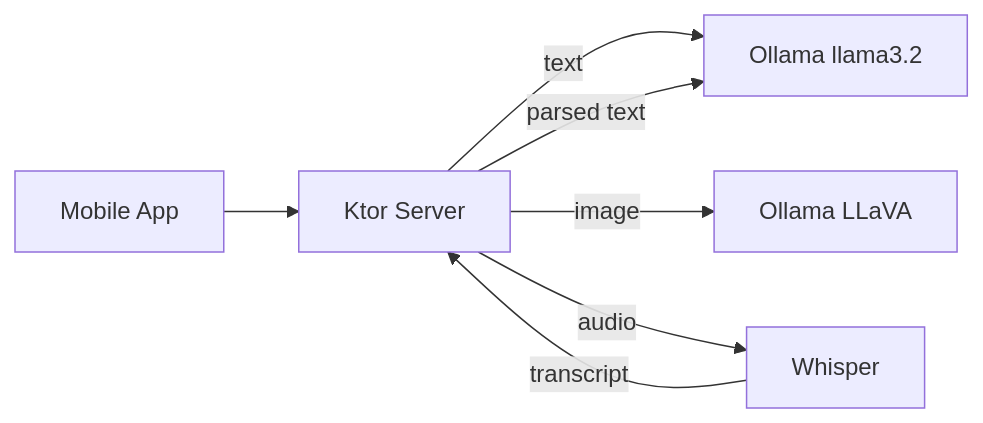
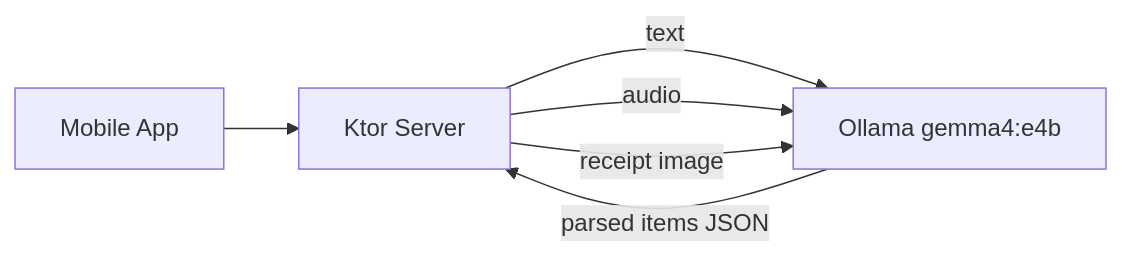
Before and after one commit to LStudioO/skilky-money-tracker: the fifth of 9 diagrams in docs/architecture.md, drawn with Mermaid. The commit also changed other lines of this file and 1 other file, not shown here.

First line of the commit message:
Correct architecture and data-model docs to match the code.

````diff
--- a/docs/architecture.md
+++ b/docs/architecture.md
@@ -267,10 +271,8 @@
 ```mermaid
 flowchart LR
     CLIENT[Mobile App] --> KTOR[Ktor Server]
-    KTOR -->|text| OLLAMA[Ollama llama3.2]
-    KTOR -->|image| OLLAMA_V[Ollama LLaVA]
-    KTOR -->|audio| WHISPER[Whisper]
-
-    WHISPER -->|transcript| KTOR
-    KTOR -->|parsed text| OLLAMA
+    KTOR -->|text| OLLAMA[Ollama gemma4:e4b]
+    KTOR -->|audio| OLLAMA
+    KTOR -->|receipt image| OLLAMA
+    OLLAMA -->|parsed items JSON| KTOR
 ```
````
